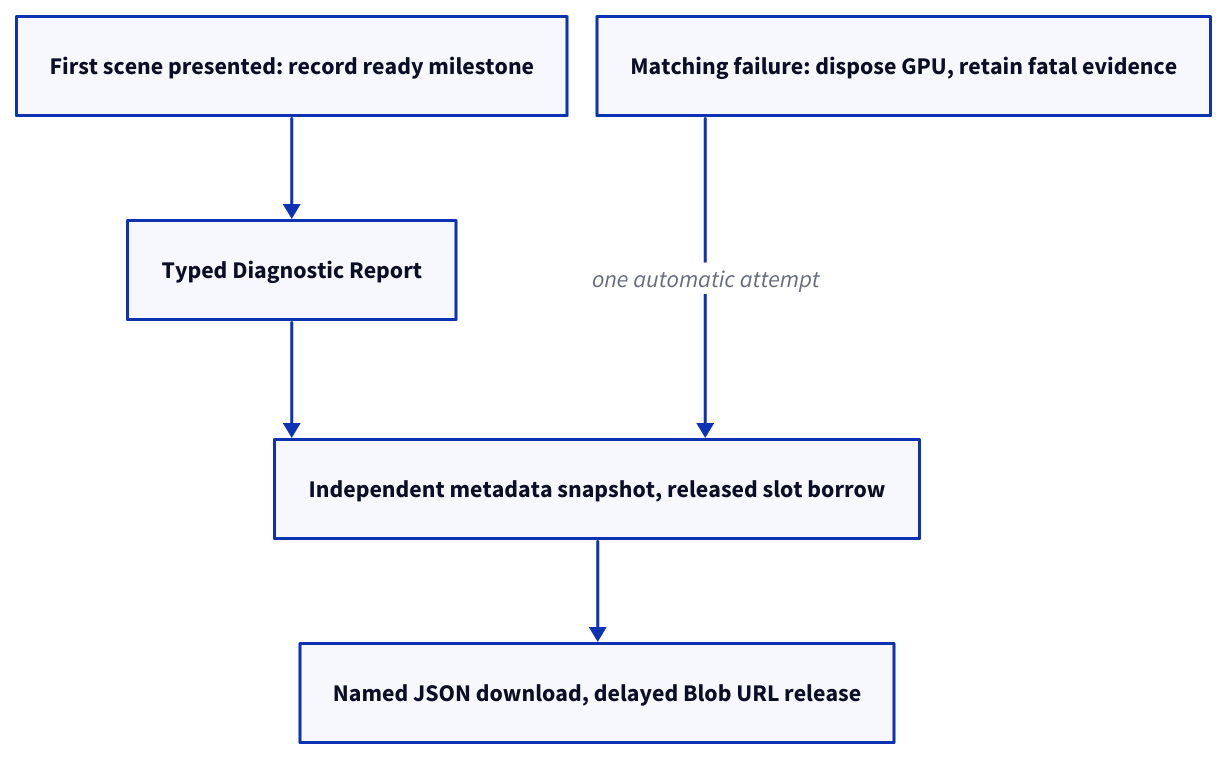
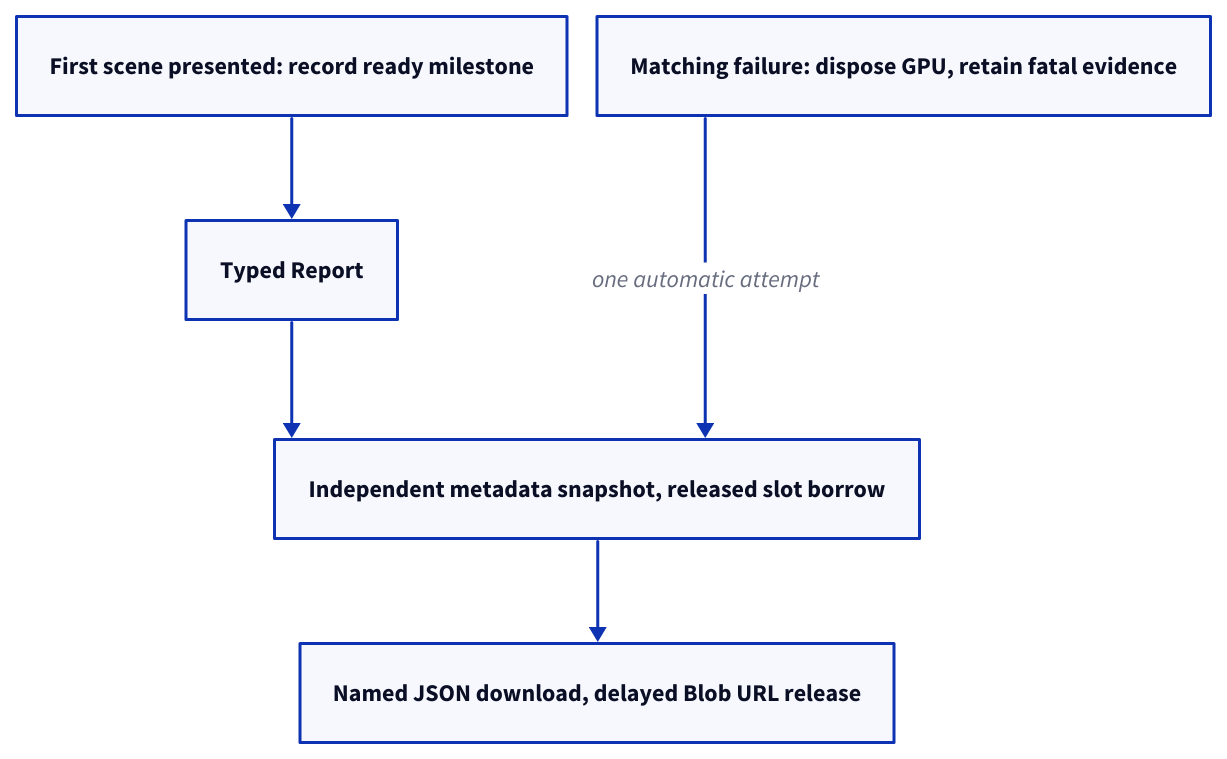
Before and after one commit to petrasvestartas/session: the diagram in session_viewer/docs/diagrams/journey-34d.d2, drawn with D2. The commit also changed 246 other files, not shown here.

```diff
--- a/session_viewer/docs/diagrams/journey-34d.d2
+++ b/session_viewer/docs/diagrams/journey-34d.d2
@@ -1,10 +1,10 @@
 vars: { d2-config: { layout-engine: elk; pad: 20; theme-id: 0 } }
 style: { fill: "#ffffff" }
 direction: down
 n0: "First scene presented: record ready milestone"
-n1: "Typed Diagnostic Report"
+n1: "Typed Report"
 n2: "Independent metadata snapshot, released slot borrow"
 n3: "Named JSON download, delayed Blob URL release"
 n4: "Matching failure: dispose GPU, retain fatal evidence"
 n0 -> n1 -> n2 -> n3
 n4 -> n2: "one automatic attempt"
```
